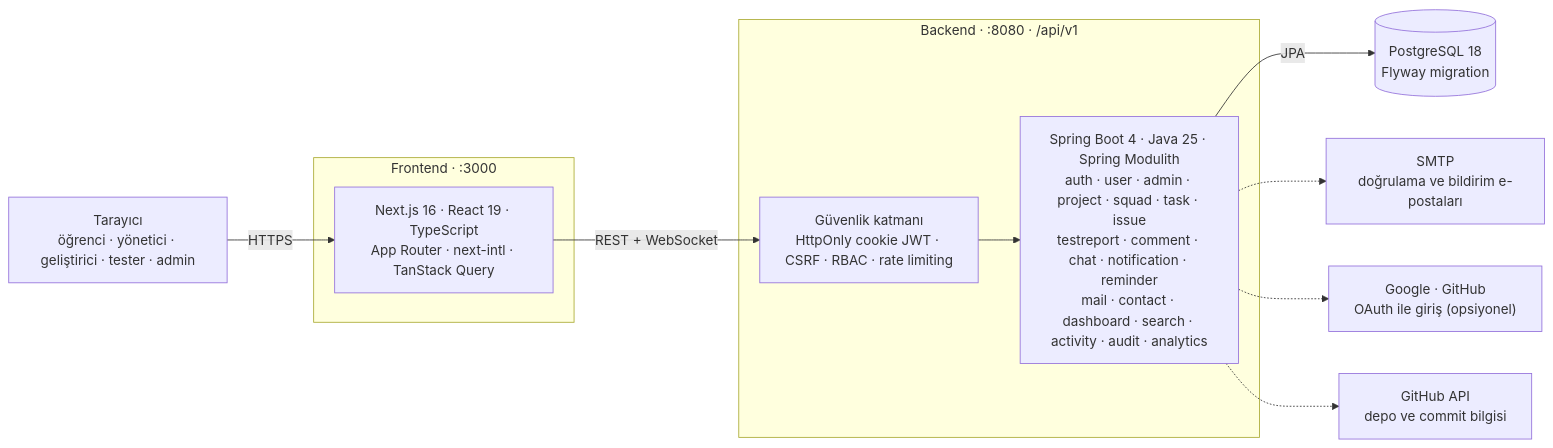
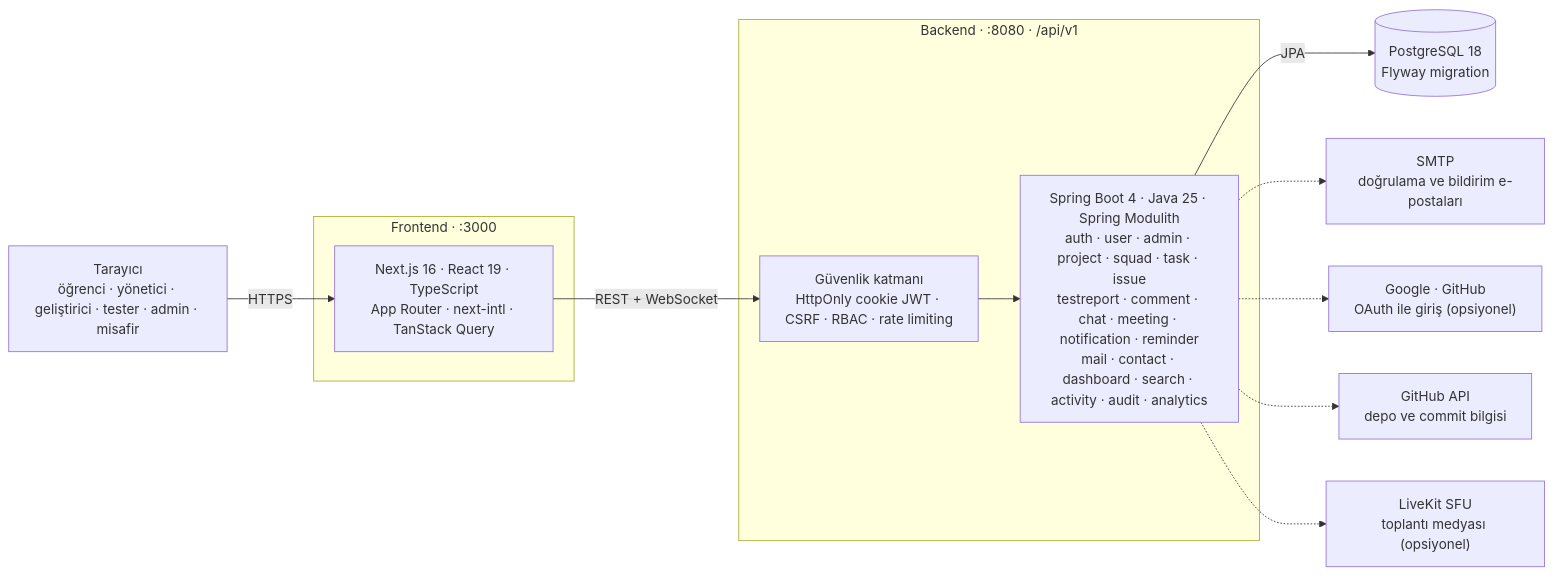
Before and after one commit to zqf20096327/dbhub_collect: the diagram in data/readmes/alperrte__project-delivery-assistant.md, drawn with Mermaid. The commit also changed other lines of this file and 630 other files, not shown here.

````diff
--- a/data/readmes/alperrte__project-delivery-assistant.md
+++ b/data/readmes/alperrte__project-delivery-assistant.md
@@ -233,26 +316,28 @@
 ```mermaid
 flowchart LR
-    user["Tarayıcı<br/>öğrenci · yönetici · geliştirici · tester · admin"]
+    user["Tarayıcı<br/>öğrenci · yönetici · geliştirici · tester · admin · misafir"]
 
     subgraph fe["Frontend · :3000"]
         next["Next.js 16 · React 19 · TypeScript<br/>App Router · next-intl · TanStack Query"]
     end
 
     subgraph be["Backend · :8080 · /api/v1"]
         sec["Güvenlik katmanı<br/>HttpOnly cookie JWT · CSRF · RBAC · rate limiting"]
-        mods["Spring Boot 4 · Java 25 · Spring Modulith<br/>auth · user · admin · project · squad · task · issue<br/>testreport · comment · chat · notification · reminder<br/>mail · contact · dashboard · search · activity · audit · analytics"]
+        mods["Spring Boot 4 · Java 25 · Spring Modulith<br/>auth · user · admin · project · squad · task · issue<br/>testreport · comment · chat · meeting · notification · reminder<br/>mail · contact · dashboard · search · activity · audit · analytics"]
         sec --> mods
     end
 
     db[("PostgreSQL 18<br/>Flyway migration")]
     smtp["SMTP<br/>doğrulama ve bildirim e-postaları"]
     oauth["Google · GitHub<br/>OAuth ile giriş (opsiyonel)"]
     gh["GitHub API<br/>depo ve commit bilgisi"]
+    lk["LiveKit SFU<br/>toplantı medyası (opsiyonel)"]
 
     user -->|HTTPS| next
     next -->|"REST + WebSocket"| sec
     mods -->|JPA| db
     mods -.-> smtp
     mods -.-> oauth
     mods -.-> gh
+    mods -.-> lk
 ```
````
